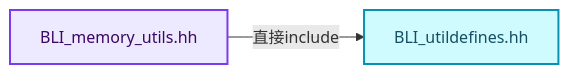
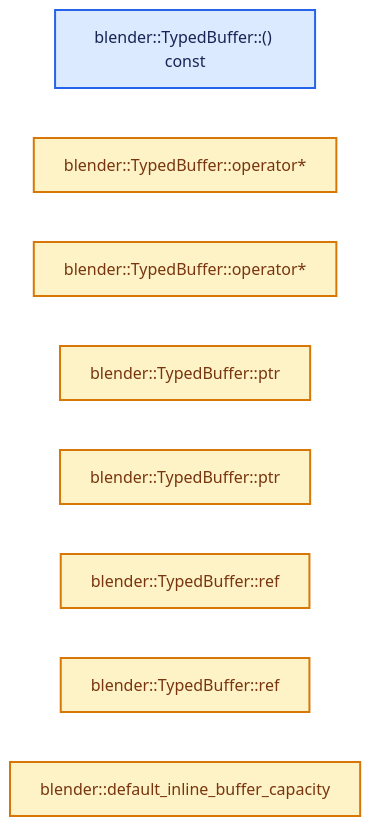
The second of 4 diagrams in 杂/markdown/全面学习-codex/03-内存分配与运行时类型/01-对齐与未初始化存储.md (yunkezengren/blender-.vscode), drawn with Mermaid before and after one commit. The commit also changed other lines of this file and 1930 other files, not shown here.

````diff
--- a/杂/markdown/全面学习-codex/03-内存分配与运行时类型/01-对齐与未初始化存储.md
+++ b/杂/markdown/全面学习-codex/03-内存分配与运行时类型/01-对齐与未初始化存储.md
@@ -83,12 +46,17 @@
 ```mermaid
 flowchart LR
-  S["BLI_memory_utils.hh"]:::abstraction
-  I0["BLI_utildefines.hh"]:::data
-  S -->|"直接include"| I0
+  F0["blender::TypedBuffer::() const"]:::input
+  F1["blender::TypedBuffer::operator*"]:::compute
+  F2["blender::TypedBuffer::operator*"]:::compute
+  F3["blender::TypedBuffer::ptr"]:::compute
+  F4["blender::TypedBuffer::ptr"]:::compute
+  F5["blender::TypedBuffer::ref"]:::compute
+  F6["blender::TypedBuffer::ref"]:::compute
+  F7["blender::default_inline_buffer_capacity"]:::compute
   classDef input fill:#DBEAFE,stroke:#2563EB,color:#172554,stroke-width:2px;
   classDef data fill:#CFFAFE,stroke:#0891B2,color:#164E63,stroke-width:2px;
   classDef abstraction fill:#EDE9FE,stroke:#7C3AED,color:#3B0764,stroke-width:2px;
   classDef compute fill:#FEF3C7,stroke:#D97706,color:#78350F,stroke-width:2px;
   classDef result fill:#DCFCE7,stroke:#16A34A,color:#14532D,stroke-width:2px;
   classDef error fill:#FEE2E2,stroke:#DC2626,color:#7F1D1D,stroke-width:2px;
 ```
````
